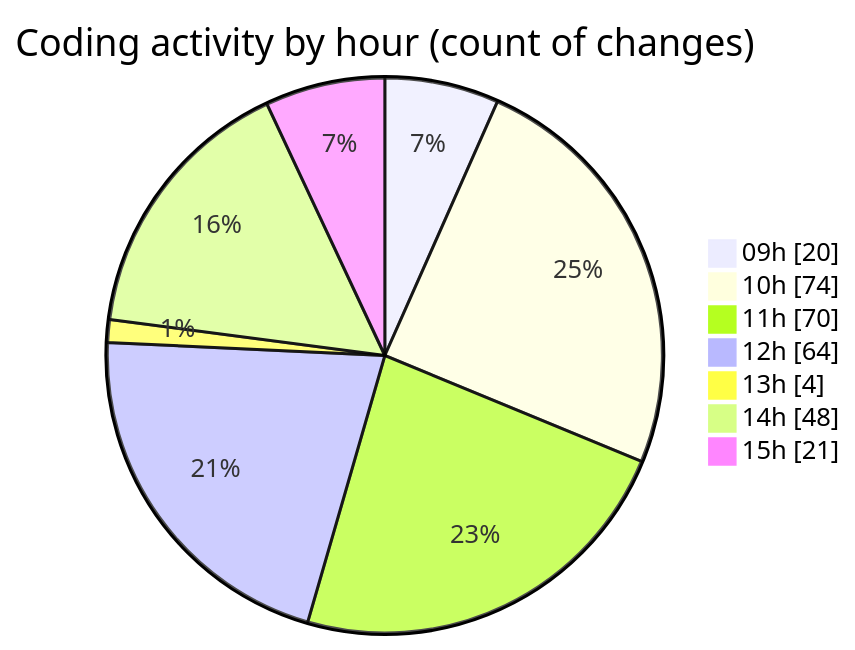
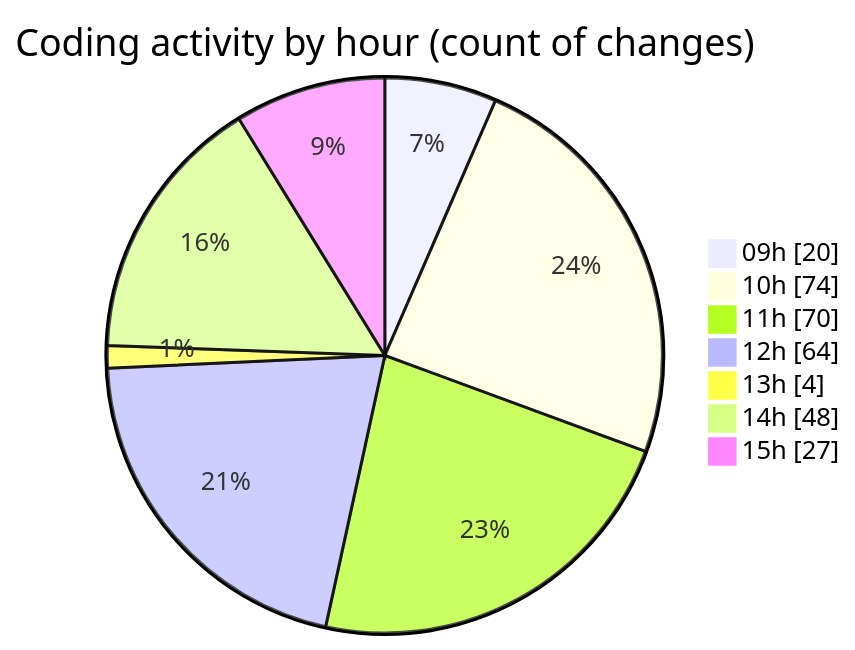
The second of 2 diagrams in 2025-06-06/ecodeli-1/README.md (CELIANVF/code-tracking), drawn with Mermaid before and after one commit. The commit also changed other lines of this file and 1 other file, not shown here.

````diff
--- a/2025-06-06/ecodeli-1/README.md
+++ b/2025-06-06/ecodeli-1/README.md
@@ -107,11 +108,11 @@
 ```mermaid
 pie showData
 title Coding activity by hour (count of changes)
 "09h" : 20
 "10h" : 74
 "11h" : 70
 "12h" : 64
 "13h" : 4
 "14h" : 48
-"15h" : 21
+"15h" : 27
 ```
````
